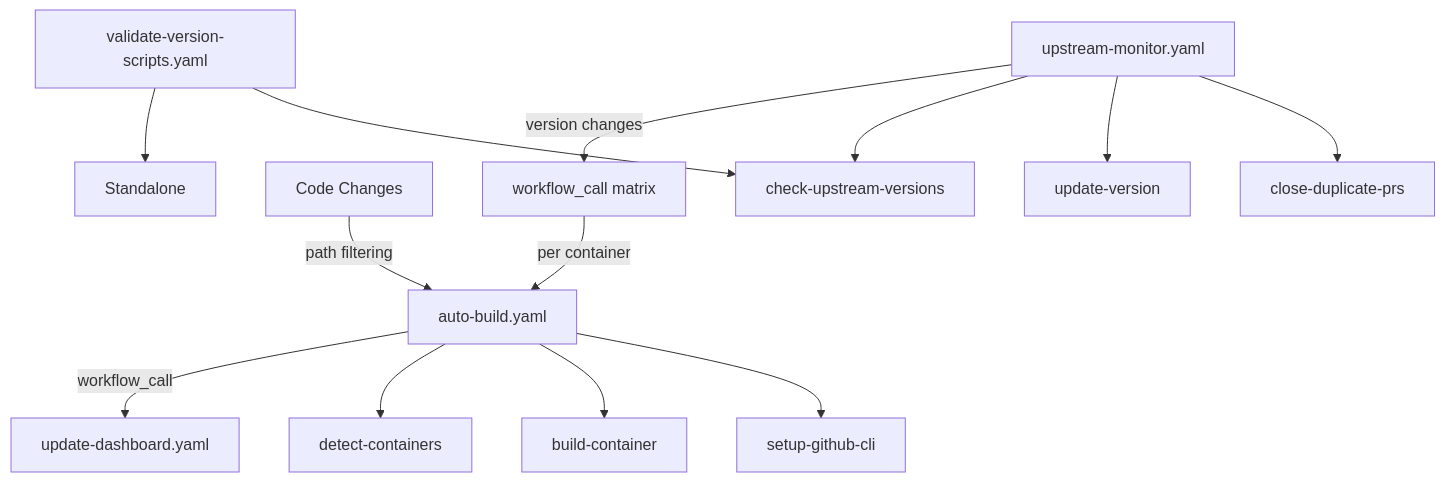
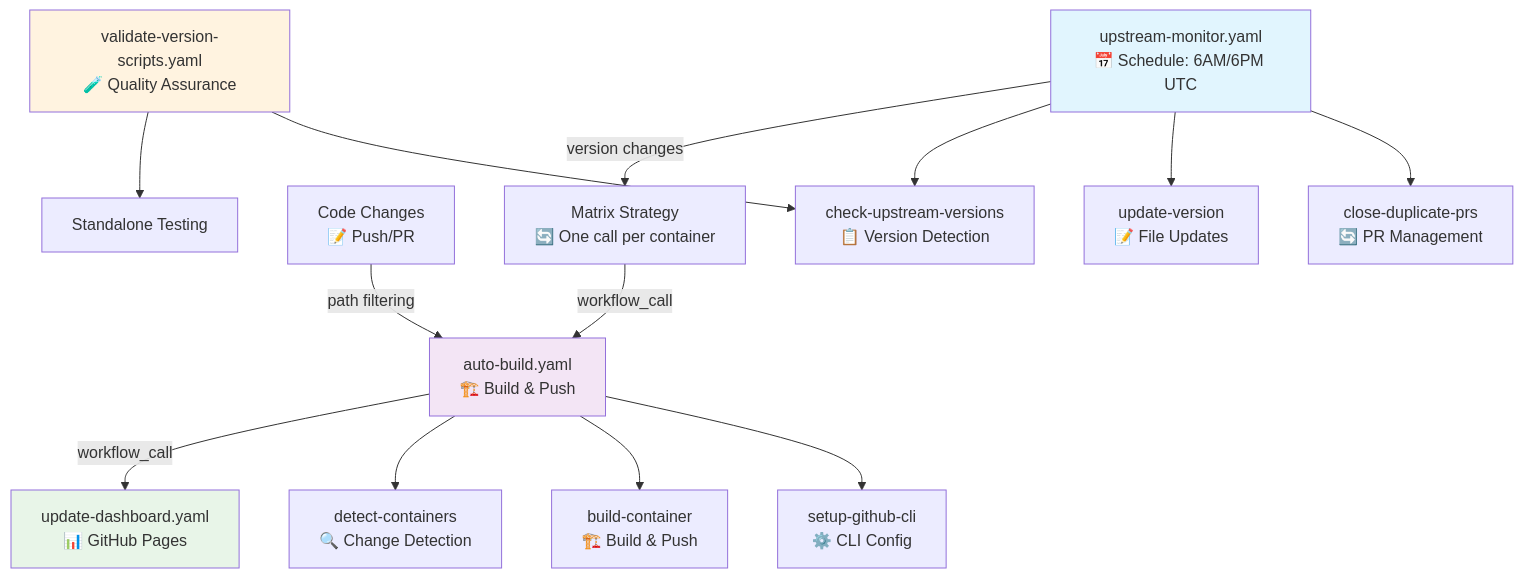
The first of 2 diagrams in docs/GITHUB_ACTIONS.md (oorabona/docker-containers), drawn with Mermaid before and after one commit. The commit also changed other lines of this file and 3 other files, not shown here.

Commit message:
fix: issues with trivy and other workflow duplicate work and possible bugs

````diff
--- a/docs/GITHUB_ACTIONS.md
+++ b/docs/GITHUB_ACTIONS.md
@@ -28,19 +19,24 @@
 ```mermaid
 graph TD
-    A[upstream-monitor.yaml] -->|version changes| B[workflow_call matrix]
-    B -->|per container| C[auto-build.yaml]
-    C -->|workflow_call| D[update-dashboard.yaml]
+    A[upstream-monitor.yaml<br/>📅 Schedule: 6AM/6PM UTC] -->|version changes| B[Matrix Strategy<br/>🔄 One call per container]
+    B -->|workflow_call| C[auto-build.yaml<br/>🏗️ Build & Push]
+    C -->|workflow_call| D[update-dashboard.yaml<br/>📊 GitHub Pages]
     
-    E[Code Changes] -->|path filtering| C
-    F[validate-version-scripts.yaml] --> G[Standalone]
+    E[Code Changes<br/>📝 Push/PR] -->|path filtering| C
+    F[validate-version-scripts.yaml<br/>🧪 Quality Assurance] --> G[Standalone Testing]
     
-    A --> H[check-upstream-versions]
-    A --> I[update-version]
-    A --> J[close-duplicate-prs]
+    A --> H[check-upstream-versions<br/>📋 Version Detection]
+    A --> I[update-version<br/>📝 File Updates]
+    A --> J[close-duplicate-prs<br/>🔄 PR Management]
     
-    C --> K[detect-containers]
-    C --> L[build-container]
-    C --> M[setup-github-cli]
+    C --> K[detect-containers<br/>🔍 Change Detection]
+    C --> L[build-container<br/>🏗️ Build & Push]
+    C --> M[setup-github-cli<br/>⚙️ CLI Config]
     
     F --> H
+    
+    style A fill:#e1f5fe
+    style C fill:#f3e5f5
+    style D fill:#e8f5e8
+    style F fill:#fff3e0
 ```
````
